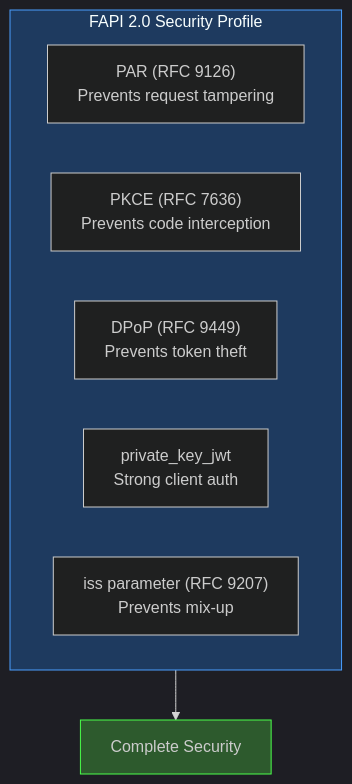
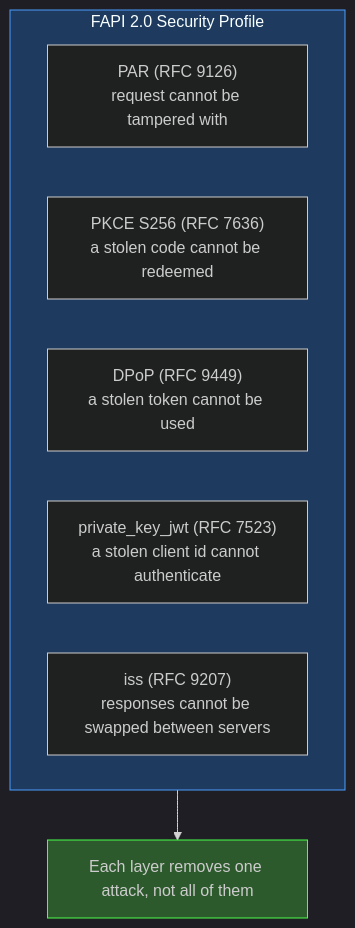
One commit to blackadi/OAUTH2.0 changed the first of 7 diagrams in docs/FAPI-TUTORIAL.md. Above: the diagram before and after it, drawn with Mermaid. The commit also changed other lines of this file and 1 other file, not shown here.

First line of the commit message:
docs(fapi): rewrite the tutorial around the flow that now works

````diff
--- a/docs/FAPI-TUTORIAL.md
+++ b/docs/FAPI-TUTORIAL.md
@@ -66,16 +47,14 @@
 ```mermaid
 %%{init: {'theme': 'dark'}}%%
 flowchart TD
     subgraph FAPI["FAPI 2.0 Security Profile"]
-        PAR["PAR (RFC 9126)<br/>Prevents request tampering"]
-        PKCE["PKCE (RFC 7636)<br/>Prevents code interception"]
-        DPoP["DPoP (RFC 9449)<br/>Prevents token theft"]
-        JWT["private_key_jwt<br/>Strong client auth"]
-        ISS["iss parameter (RFC 9207)<br/>Prevents mix-up"]
+        PAR["PAR (RFC 9126)<br/>request cannot be tampered with"]
+        PKCE["PKCE S256 (RFC 7636)<br/>a stolen code cannot be redeemed"]
+        DPoP["DPoP (RFC 9449)<br/>a stolen token cannot be used"]
+        JWT["private_key_jwt (RFC 7523)<br/>a stolen client id cannot authenticate"]
+        ISS["iss (RFC 9207)<br/>responses cannot be swapped between servers"]
     end
-    
-    FAPI --> Protection["Complete Security"]
-    
+    FAPI --> P["Each layer removes one attack, not all of them"]
     style FAPI fill:#1e3a5f,stroke:#4a9eff
-    style Protection fill:#2d5a2d,stroke:#4aff4a
+    style P fill:#2d5a2d,stroke:#4aff4a
 ```
````
